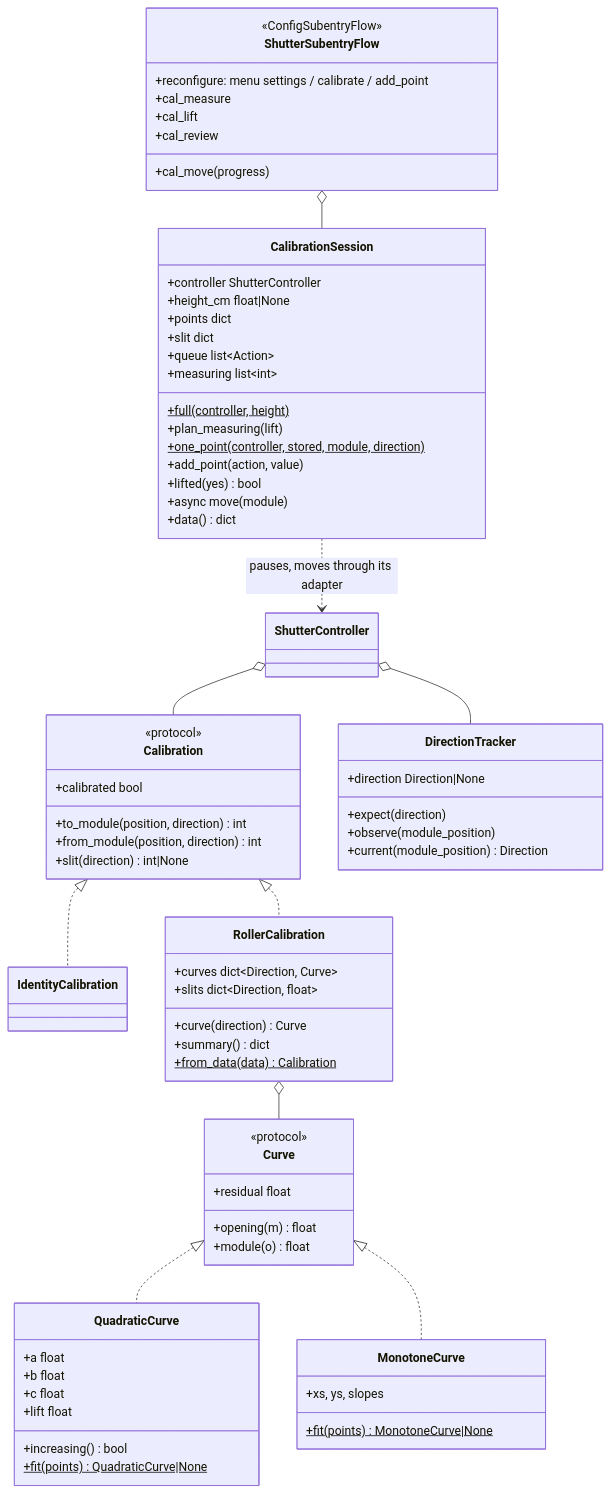
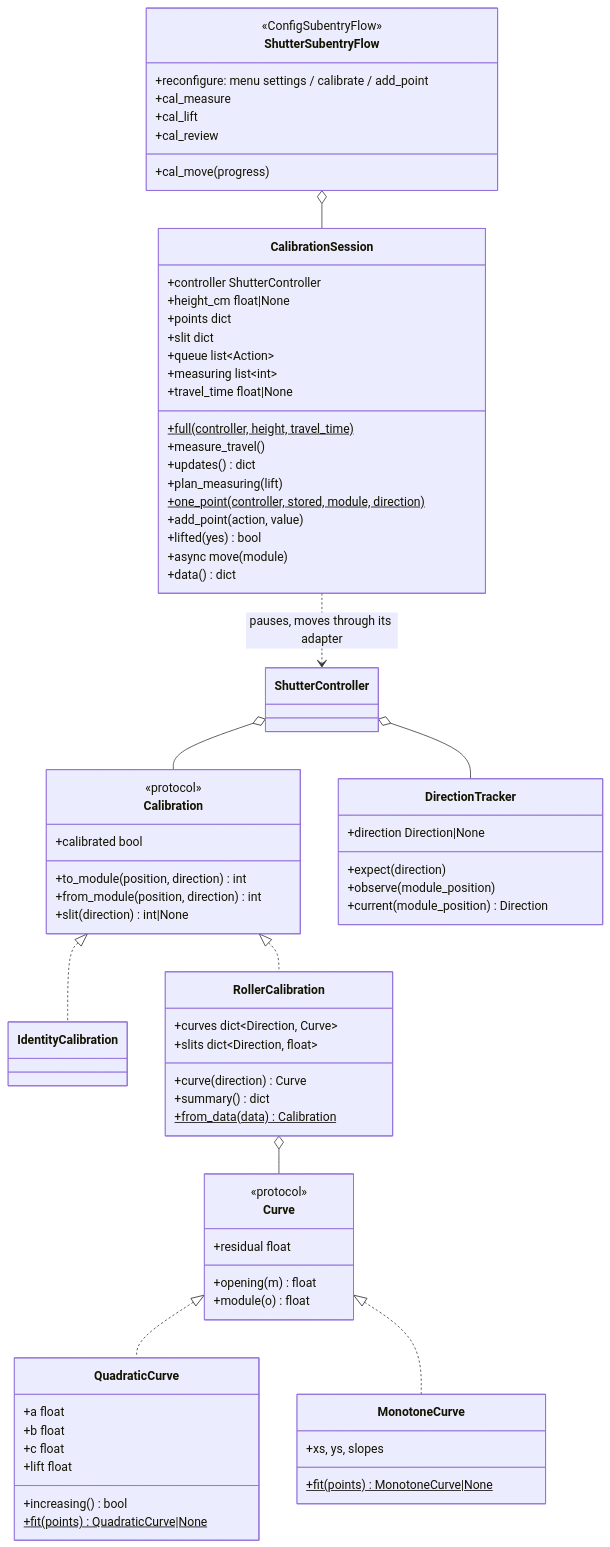
Before and after one commit to abroeders/smart-shutter-control: the seventh of 16 diagrams in docs/architecture.md, drawn with Mermaid. The commit also changed other lines of this file and 2 other files, not shown here.

````diff
--- a/docs/architecture.md
+++ b/docs/architecture.md
@@ -212,75 +212,78 @@
 ```mermaid
 classDiagram
     direction TB
     class Calibration {
         <<protocol>>
         +calibrated bool
         +to_module(position, direction) int
         +from_module(position, direction) int
         +slit(direction) int|None
     }
     class IdentityCalibration
     class RollerCalibration {
         +curves dict~Direction, Curve~
         +slits dict~Direction, float~
         +curve(direction) Curve
         +summary() dict
         +from_data(data)$ Calibration
     }
     class Curve {
         <<protocol>>
         +residual float
         +opening(m) float
         +module(o) float
     }
     class QuadraticCurve {
         +a float
         +b float
         +c float
         +lift float
         +increasing() bool
         +fit(points)$ QuadraticCurve|None
     }
     class MonotoneCurve {
         +xs, ys, slopes
         +fit(points)$ MonotoneCurve|None
     }
     class DirectionTracker {
         +direction Direction|None
         +expect(direction)
         +observe(module_position)
         +current(module_position) Direction
     }
     class CalibrationSession {
         +controller ShutterController
         +height_cm float|None
         +points dict
         +slit dict
         +queue list~Action~
         +measuring list~int~
-        +full(controller, height)$
+        +travel_time float|None
+        +full(controller, height, travel_time)$
+        +measure_travel()
+        +updates() dict
         +plan_measuring(lift)
         +one_point(controller, stored, module, direction)$
         +add_point(action, value)
         +lifted(yes) bool
         +async move(module)
         +data() dict
     }
     class ShutterSubentryFlow {
         <<ConfigSubentryFlow>>
         +reconfigure: menu settings / calibrate / add_point
         +cal_move (progress)
         +cal_measure
         +cal_lift
         +cal_review
     }
     Calibration <|.. IdentityCalibration
     Calibration <|.. RollerCalibration
     RollerCalibration o-- Curve
     Curve <|.. QuadraticCurve
     Curve <|.. MonotoneCurve
     ShutterController o-- Calibration
     ShutterController o-- DirectionTracker
     ShutterSubentryFlow o-- CalibrationSession
     CalibrationSession ..> ShutterController : pauses, moves through its adapter
 ```
````
